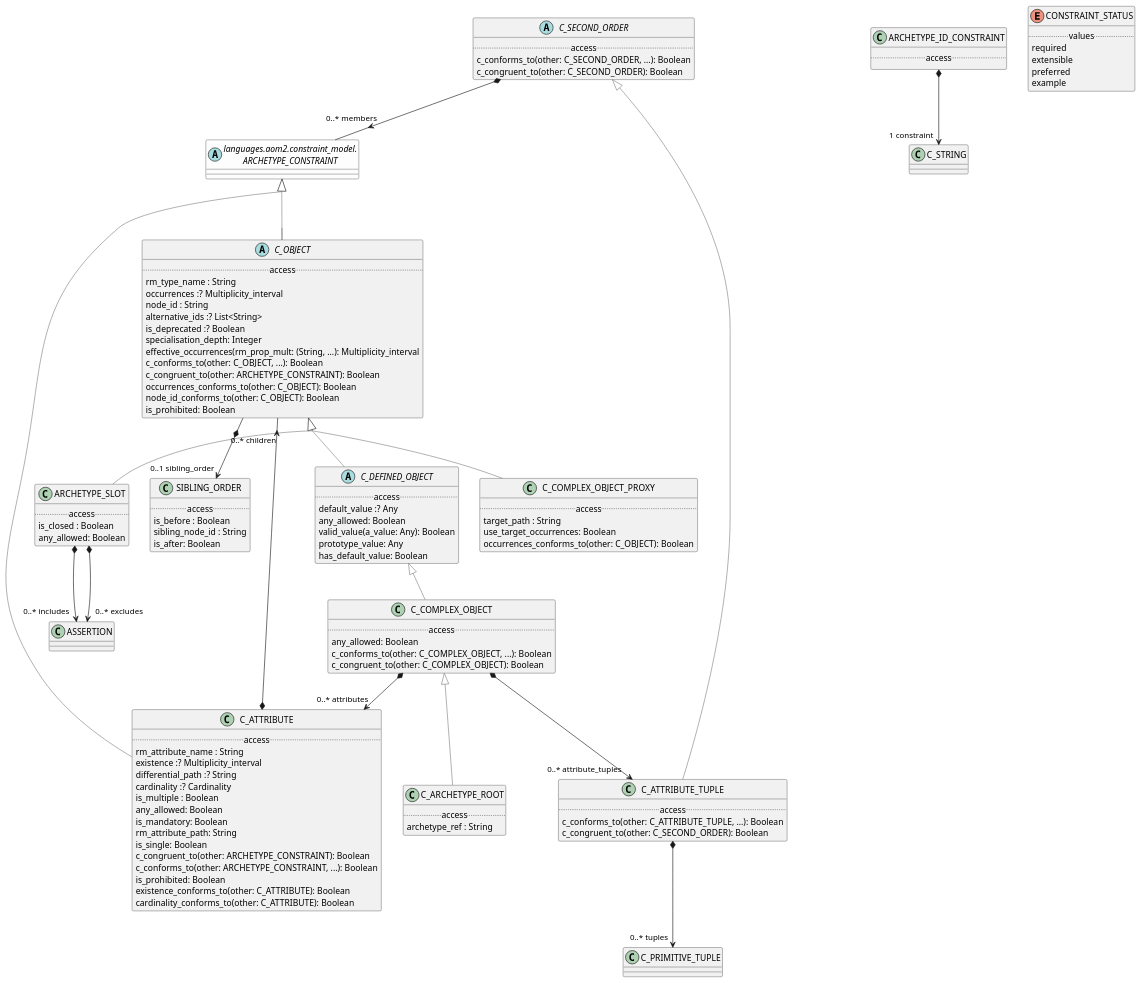
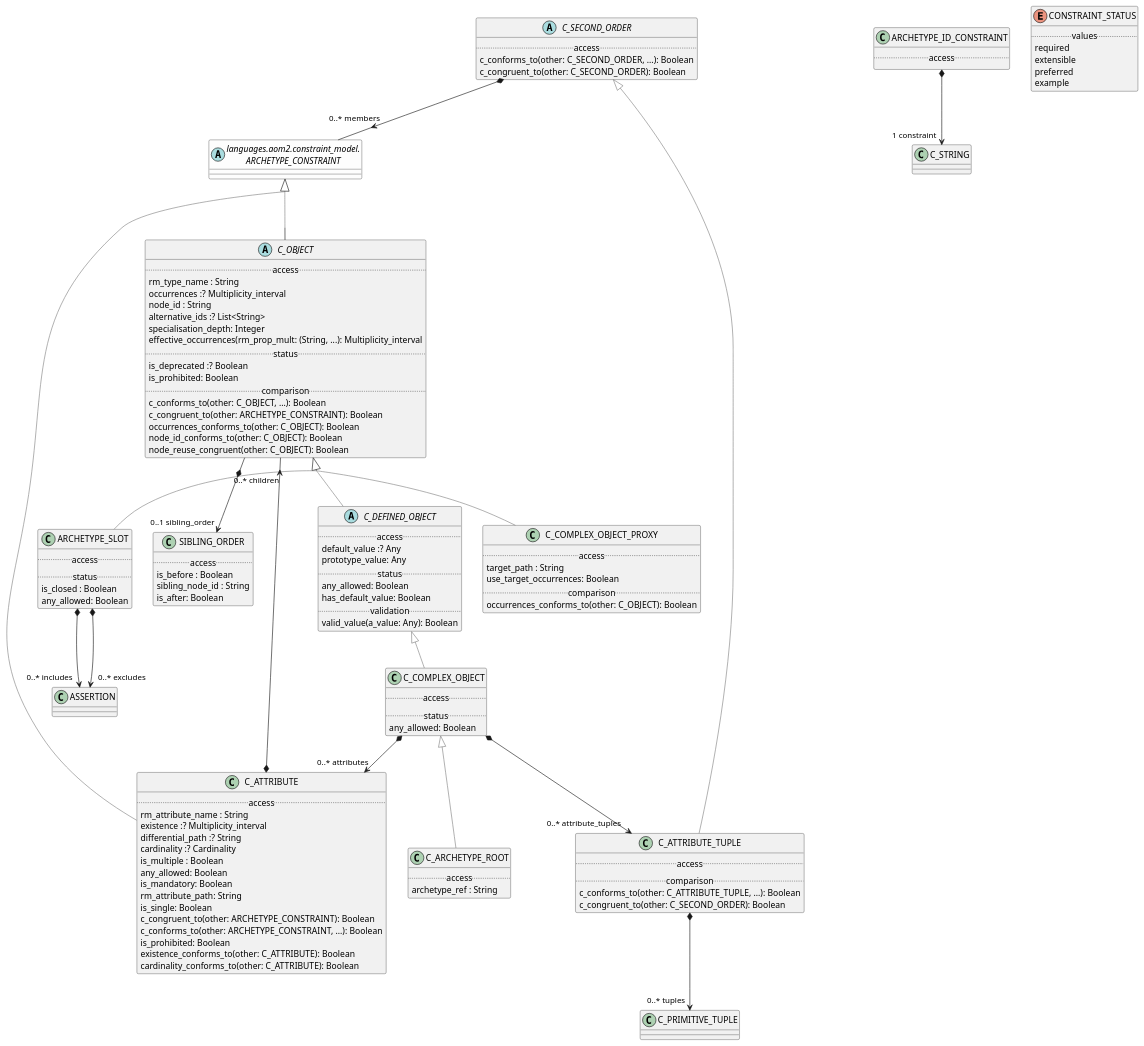
The diagram in modules/ROOT/examples/bmm/languages/aom2/constraint_model/complex/complex-package-uml.adoc (wolandscat/openehr-doc), drawn with PlantUML before and after one commit. The commit also changed 120 other files, not shown here.

```diff
--- a/modules/ROOT/examples/bmm/languages/aom2/constraint_model/complex/complex-package-uml.adoc
+++ b/modules/ROOT/examples/bmm/languages/aom2/constraint_model/complex/complex-package-uml.adoc
@@ -8,6 +8,7 @@
 
 class C_ATTRIBUTE_TUPLE [[/openehr-doc/latest/languages/aom2-gen.html#_class_c_attribute_tuple]] {
         .. access ..
+        .. comparison ..
         c_conforms_to(other: C_ATTRIBUTE_TUPLE, ...): Boolean
         c_congruent_to(other: C_SECOND_ORDER): Boolean
 }
@@ -20,10 +21,12 @@
 abstract class C_DEFINED_OBJECT [[/openehr-doc/latest/languages/aom2-gen.html#_class_c_defined_object]] {
         .. access ..
         default_value :? Any
+        prototype_value: Any
+        .. status ..
         any_allowed: Boolean
+        has_default_value: Boolean
+        .. validation ..
         valid_value(a_value: Any): Boolean
-        prototype_value: Any
-        has_default_value: Boolean
 }
 
 C_DEFINED_OBJECT -[#gray]up-|> C_OBJECT
@@ -47,9 +50,8 @@
 
 class C_COMPLEX_OBJECT [[/openehr-doc/latest/languages/aom2-gen.html#_class_c_complex_object]] {
         .. access ..
+        .. status ..
         any_allowed: Boolean
-        c_conforms_to(other: C_COMPLEX_OBJECT, ...): Boolean
-        c_congruent_to(other: C_COMPLEX_OBJECT): Boolean
 }
 
 C_COMPLEX_OBJECT -[#gray]up-|> C_DEFINED_OBJECT
@@ -69,6 +71,7 @@
         .. access ..
         target_path : String
         use_target_occurrences: Boolean
+        .. comparison ..
         occurrences_conforms_to(other: C_OBJECT): Boolean
 }
 
@@ -85,6 +88,7 @@
 
 class ARCHETYPE_SLOT [[/openehr-doc/latest/languages/aom2-gen.html#_class_archetype_slot]] {
         .. access ..
+        .. status ..
         is_closed : Boolean
         any_allowed: Boolean
 }
@@ -109,14 +113,17 @@
         occurrences :? Multiplicity_interval
         node_id : String
         alternative_ids :? List<String>
-        is_deprecated :? Boolean
         specialisation_depth: Integer
         effective_occurrences(rm_prop_mult: (String, ...): Multiplicity_interval
+        .. status ..
+        is_deprecated :? Boolean
+        is_prohibited: Boolean
+        .. comparison ..
         c_conforms_to(other: C_OBJECT, ...): Boolean
         c_congruent_to(other: ARCHETYPE_CONSTRAINT): Boolean
         occurrences_conforms_to(other: C_OBJECT): Boolean
         node_id_conforms_to(other: C_OBJECT): Boolean
-        is_prohibited: Boolean
+        node_reuse_congruent(other: C_OBJECT): Boolean
 }
 
 C_OBJECT -[#gray]up-|> ARCHETYPE_CONSTRAINT
```
